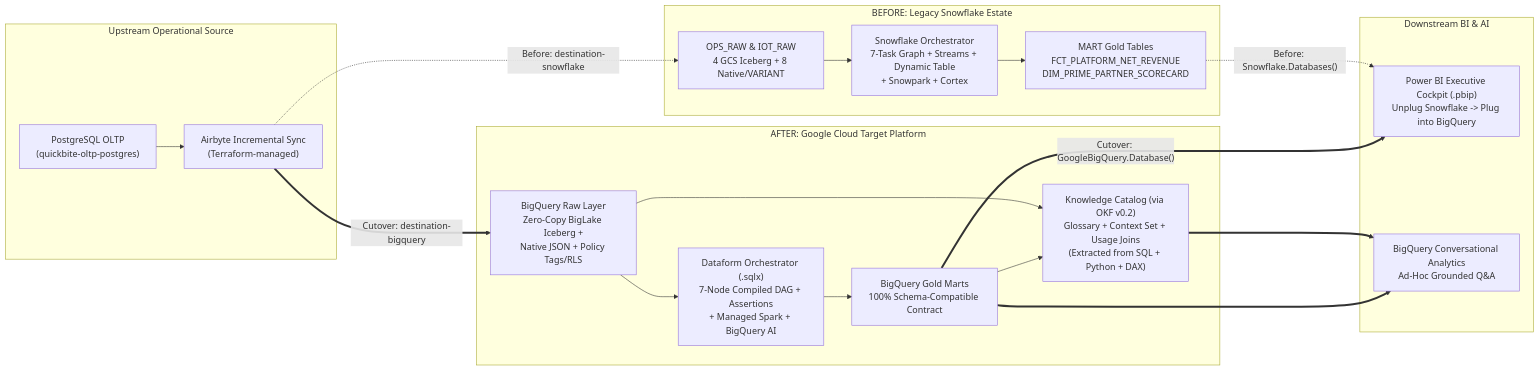
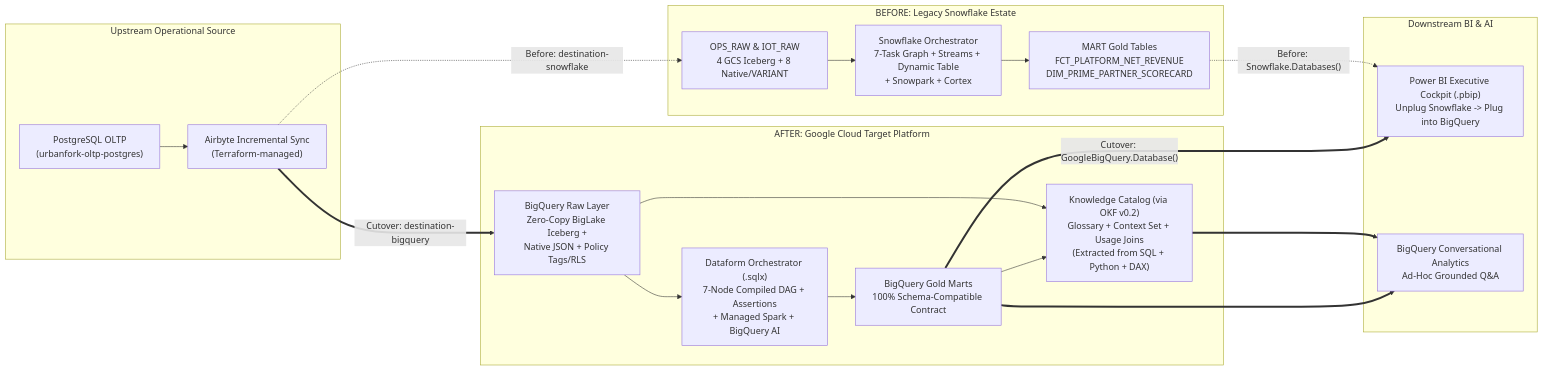
Before and after one commit to lvaracca/dcd-agentic-data-migration: the first of 2 diagrams in SPECIFICATION.md, drawn with Mermaid. The commit also changed other lines of this file and 77 other files, not shown here.

````diff
--- a/SPECIFICATION.md
+++ b/SPECIFICATION.md
@@ -31,35 +31,35 @@
 ```mermaid
 flowchart LR
     subgraph UP["Upstream Operational Source"]
-        PG["PostgreSQL OLTP\n(quickbite-oltp-postgres)"]
+        PG["PostgreSQL OLTP\n(urbanfork-oltp-postgres)"]
         AB["Airbyte Incremental Sync\n(Terraform-managed)"]
         PG --> AB
     end
 
     subgraph LEGACY["BEFORE: Legacy Snowflake Estate"]
         SF_RAW["OPS_RAW & IOT_RAW\n4 GCS Iceberg + 8 Native/VARIANT"]
         SF_DAG["Snowflake Orchestrator\n7-Task Graph + Streams + Dynamic Table\n+ Snowpark + Cortex"]
         SF_MART["MART Gold Tables\nFCT_PLATFORM_NET_REVENUE\nDIM_PRIME_PARTNER_SCORECARD"]
         SF_RAW --> SF_DAG --> SF_MART
     end
 
     subgraph TARGET["AFTER: Google Cloud Target Platform"]
         BQ_RAW["BigQuery Raw Layer\nZero-Copy BigLake Iceberg +\nNative JSON + Policy Tags/RLS"]
         DF_DAG["Dataform Orchestrator (.sqlx)\n7-Node Compiled DAG + Assertions\n+ Managed Spark + BigQuery AI"]
         BQ_MART["BigQuery Gold Marts\n100% Schema-Compatible Contract"]
         KC["Knowledge Catalog (via OKF v0.2)\nGlossary + Context Set + Usage Joins\n(Extracted from SQL + Python + DAX)"]
         BQ_RAW --> DF_DAG --> BQ_MART
         BQ_RAW & BQ_MART --> KC
     end
 
     subgraph DOWN["Downstream BI & AI"]
         PBI["Power BI Executive Cockpit (.pbip)\nUnplug Snowflake -> Plug into BigQuery"]
         CA["BigQuery Conversational Analytics\nAd-Hoc Grounded Q&A"]
     end
 
     AB -. "Before: destination-snowflake" .-> SF_RAW
     AB == "Cutover: destination-bigquery" ==> BQ_RAW
     SF_MART -. "Before: Snowflake.Databases()" .-> PBI
     BQ_MART == "Cutover: GoogleBigQuery.Database()" ==> PBI
     KC & BQ_MART ==> CA
 ```
````
